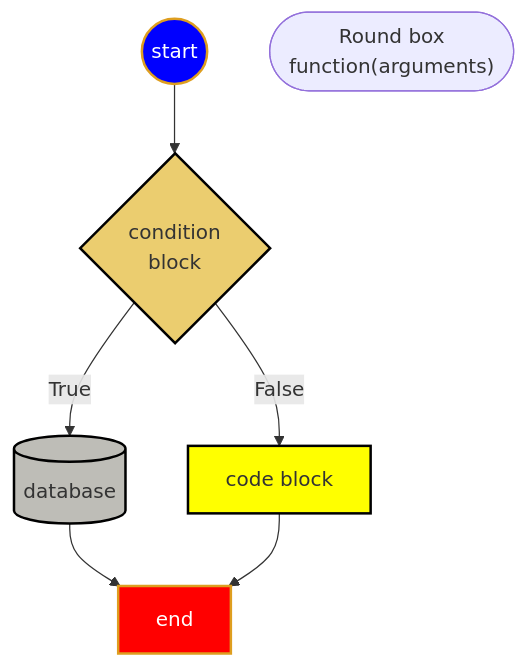
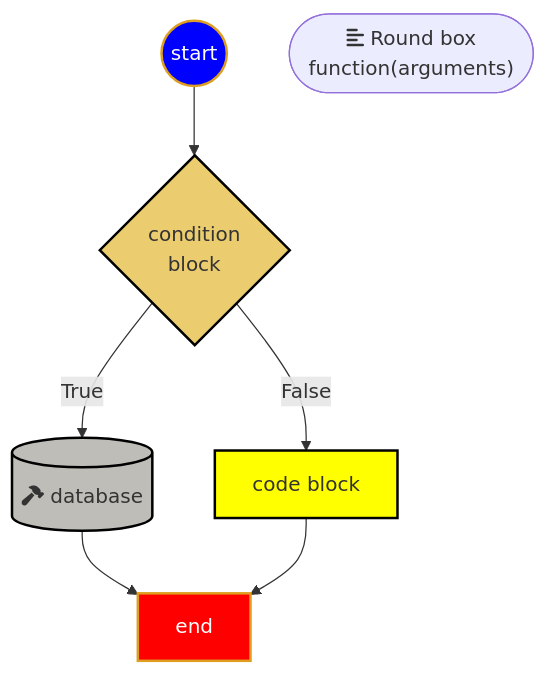
The first of 3 diagrams in doc/utilities.md (jwang1122/python), drawn with Mermaid before and after one commit. The commit also changed other lines of this file and 17 other files, not shown here.

````diff
--- a/doc/utilities.md
+++ b/doc/utilities.md
@@ -34,27 +51,27 @@
 ```mermaid
 graph TB
 
 START((start))
 END[end]
 B[code block]
-C(["Round box<br>function(arguments)"])
+C(["fa:fa-align-left Round box<br>function(arguments)"])
 IF{condition<br> block}
-DB[(database)]
+DB[("fa:fa-hammer database")]
 
 START-->IF
 IF--True-->DB-->END
 IF--False-->B-->END
 
 classDef start fill:blue,stroke:#DE9E1F,stroke-width:2px,color:white;
 classDef html fill:#F46624,stroke:#F46624,stroke-width:4px,color:white;
 classDef js fill:yellow,stroke:black,stroke-width:2px;
 classDef if fill:#EBCD6F,stroke:black,stroke-width:2px;
 classDef db fill:#BEBDB7,stroke:black,stroke-width:2px;
 classDef end1 fill:red,stroke:#DE9E1F,stroke-width:2px,color:white;
 
 class START start
 class B,D,E js
 class IF if
 class DB db
 class END end1
 ```
````
